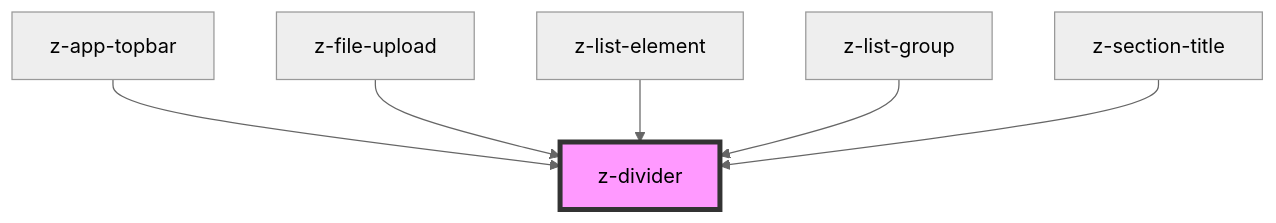
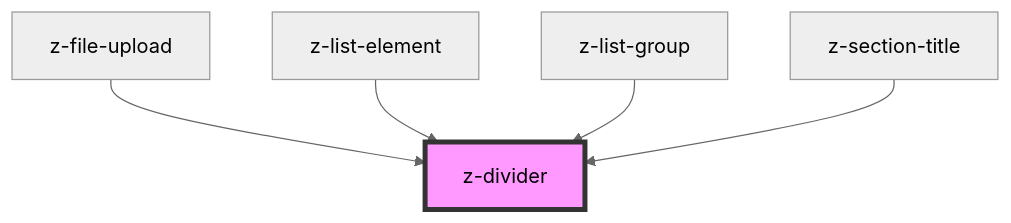
Before and after one commit to ZanichelliEditore/design-system: the diagram in src/components/z-divider/readme.md, drawn with Mermaid (neutral theme). The commit also changed other lines of this file and 9 other files, not shown here.

````diff
--- a/src/components/z-divider/readme.md
+++ b/src/components/z-divider/readme.md
@@ -26,9 +25,8 @@
 ```mermaid
 graph TD;
-  z-app-topbar --> z-divider
   z-file-upload --> z-divider
   z-list-element --> z-divider
   z-list-group --> z-divider
   z-section-title --> z-divider
   style z-divider fill:#f9f,stroke:#333,stroke-width:4px
 ```
````
